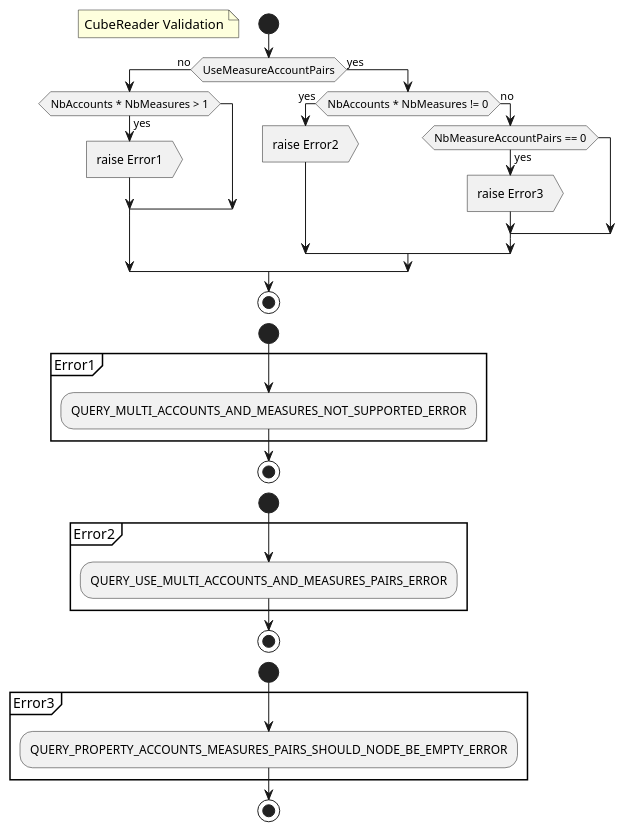
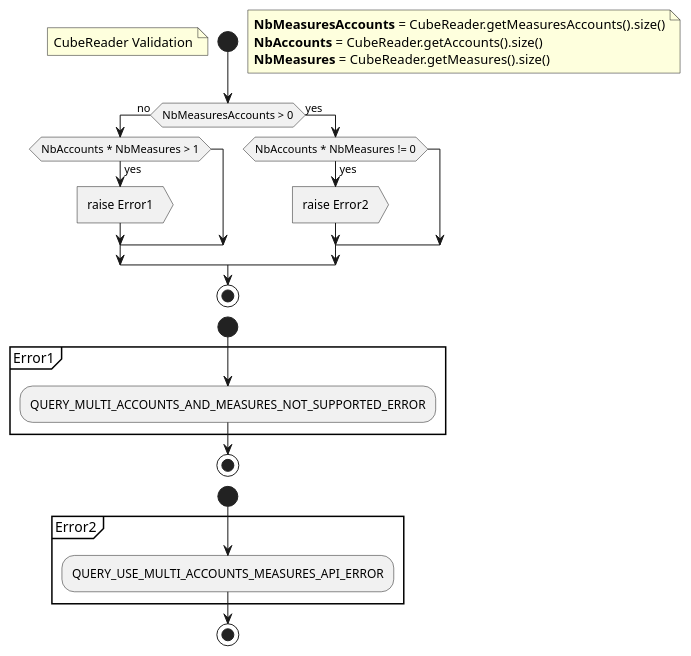
Before and after one commit to loutfinadir/uml: the diagram in cubereader_validation.wsd, drawn with PlantUML. The commit also changed 1 other file, not shown here.

```diff
--- a/cubereader_validation.wsd
+++ b/cubereader_validation.wsd
@@ -1,37 +1,35 @@
 @startuml
 skinparam ConditionEndStyle hline
 start
 floating note left: CubeReader Validation
-if (UseMeasureAccountPairs) then (no)
+
+note right
+  <b>NbMeasuresAccounts</b> = CubeReader.getMeasuresAccounts().size()
+  <b>NbAccounts</b> = CubeReader.getAccounts().size()
+  <b>NbMeasures</b> = CubeReader.getMeasures().size()
+end note
+if (NbMeasuresAccounts > 0) then (no)
     if (NbAccounts * NbMeasures > 1) then (yes)
         :raise Error1>
     endif
 else (yes)
     if (NbAccounts * NbMeasures != 0) then (yes)
         :raise Error2>
-    else (no)
-        if (NbMeasureAccountPairs == 0) then (yes)
-            :raise Error3>
-        endif
     endif
 endif
 
 stop
 
 start
 partition Error1 {
   :QUERY_MULTI_ACCOUNTS_AND_MEASURES_NOT_SUPPORTED_ERROR;
 }
 stop
 start
 partition Error2 {
-  :QUERY_USE_MULTI_ACCOUNTS_AND_MEASURES_PAIRS_ERROR;
-}
-stop
-start
-partition Error3 {
-  :QUERY_PROPERTY_ACCOUNTS_MEASURES_PAIRS_SHOULD_NODE_BE_EMPTY_ERROR;
+  :QUERY_USE_MULTI_ACCOUNTS_MEASURES_API_ERROR;
 }
 stop
 
+
 @enduml
```
